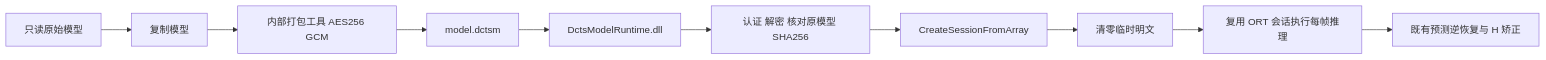
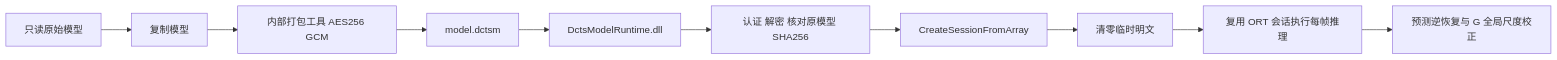
One commit to QinChen1998/depth-camera-and-tactile-sensor changed the diagram in docs/MODEL_PROTECTION.md. Above: the diagram before and after it, drawn with Mermaid. The commit also changed other lines of this file and 81 other files, not shown here.

````diff
--- a/docs/MODEL_PROTECTION.md
+++ b/docs/MODEL_PROTECTION.md
@@ -35,12 +35,12 @@
 ```mermaid
 flowchart LR
     Original[只读原始模型] --> Copy[复制模型]
     Copy --> Pack[内部打包工具 AES256 GCM]
     Pack --> Cipher[model.dctsm]
     Cipher --> DLL[DctsModelRuntime.dll]
     DLL --> Auth[认证 解密 核对原模型 SHA256]
     Auth --> Session[CreateSessionFromArray]
     Session --> Clear[清零临时明文]
     Clear --> Run[复用 ORT 会话执行每帧推理]
-    Run --> H[既有预测逆恢复与 H 矫正]
+    Run --> Fusion[预测逆恢复与 G 全局尺度校正]
 ```
````
